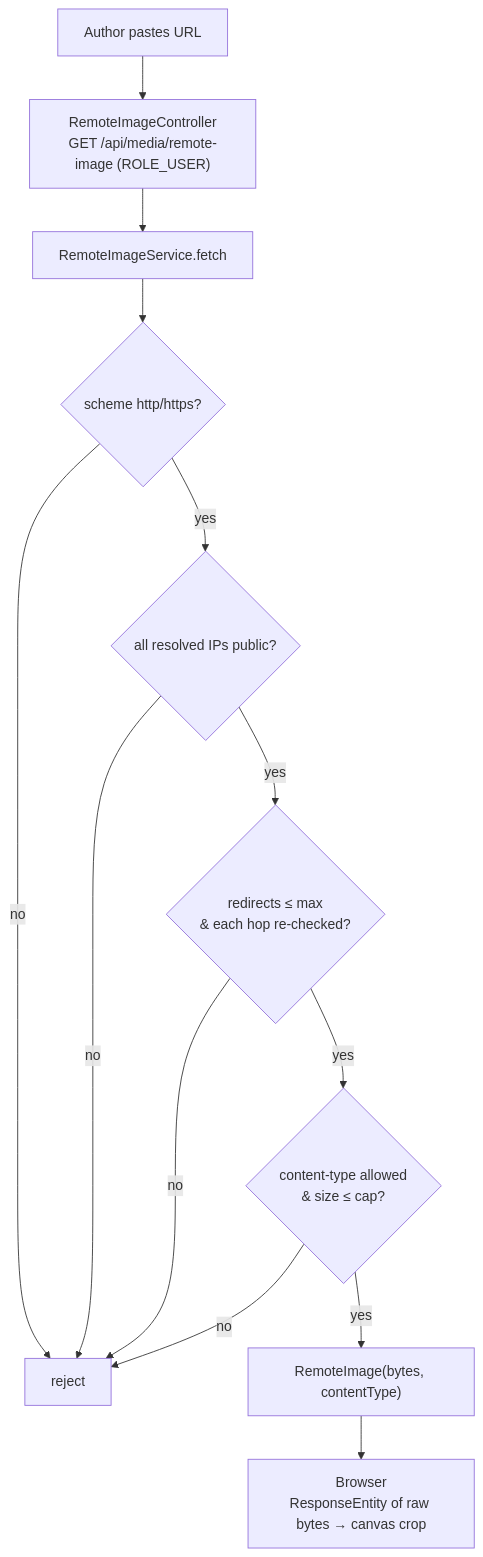
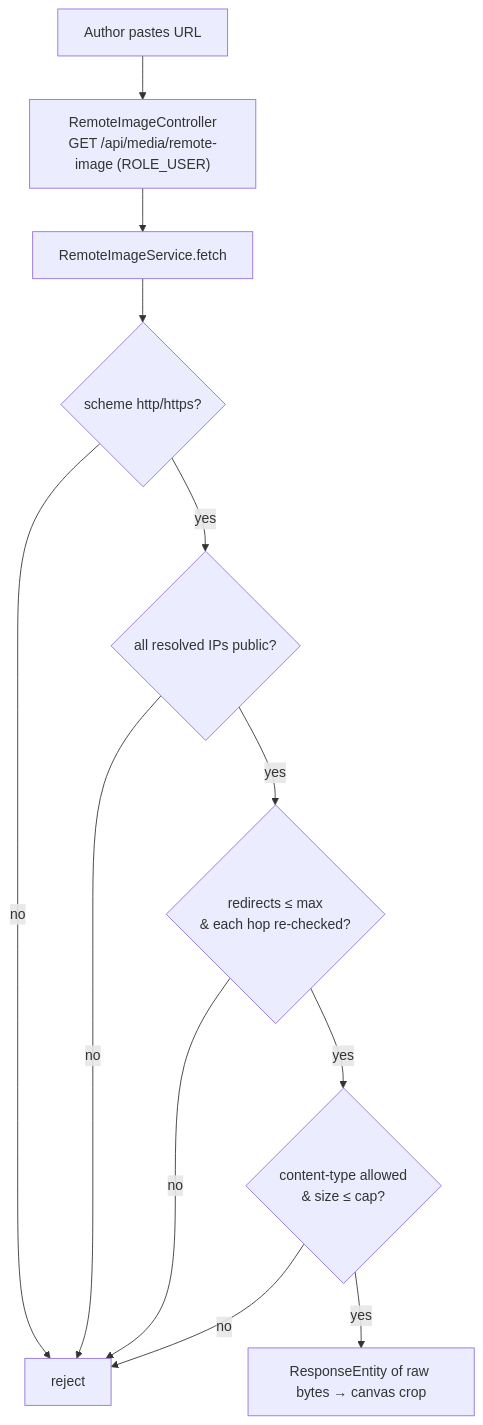
One commit to Saganaut/ambi changed the third of 6 diagrams in z-docs/diagrams/media-gallery.md. Above: the diagram before and after it, drawn with Mermaid. The commit also changed other lines of this file and 91 other files, not shown here.

````diff
--- a/z-docs/diagrams/media-gallery.md
+++ b/z-docs/diagrams/media-gallery.md
@@ -82,15 +77,14 @@
 ```mermaid
 flowchart TB
     U["Author pastes URL"] --> RC["RemoteImageController<br/>GET /api/media/remote-image (ROLE_USER)"]
     RC --> RS["RemoteImageService.fetch"]
     RS --> G1{"scheme http/https?"}
     G1 -->|no| REJ["reject"]
     G1 -->|yes| G2{"all resolved IPs public?"}
     G2 -->|no| REJ
     G2 -->|yes| G3{"redirects ≤ max<br/>& each hop re-checked?"}
     G3 -->|no| REJ
     G3 -->|yes| G4{"content-type allowed<br/>& size ≤ cap?"}
     G4 -->|no| REJ
-    G4 -->|yes| OK["RemoteImage(bytes, contentType)"]
-    OK --> BR["Browser<br/>ResponseEntity of raw bytes → canvas crop"]
+    G4 -->|yes| OK["ResponseEntity of raw bytes → canvas crop"]
 ```
````
